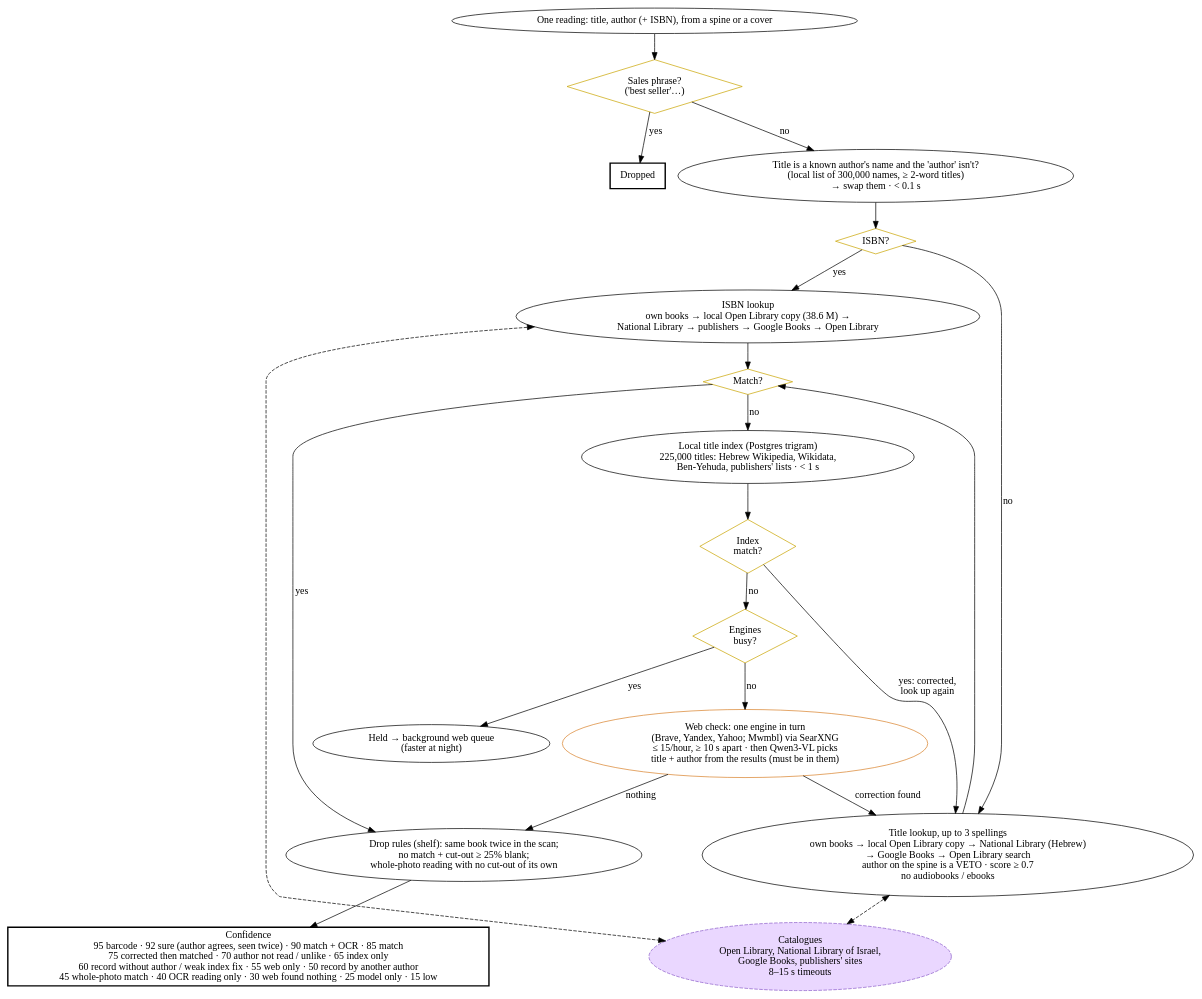
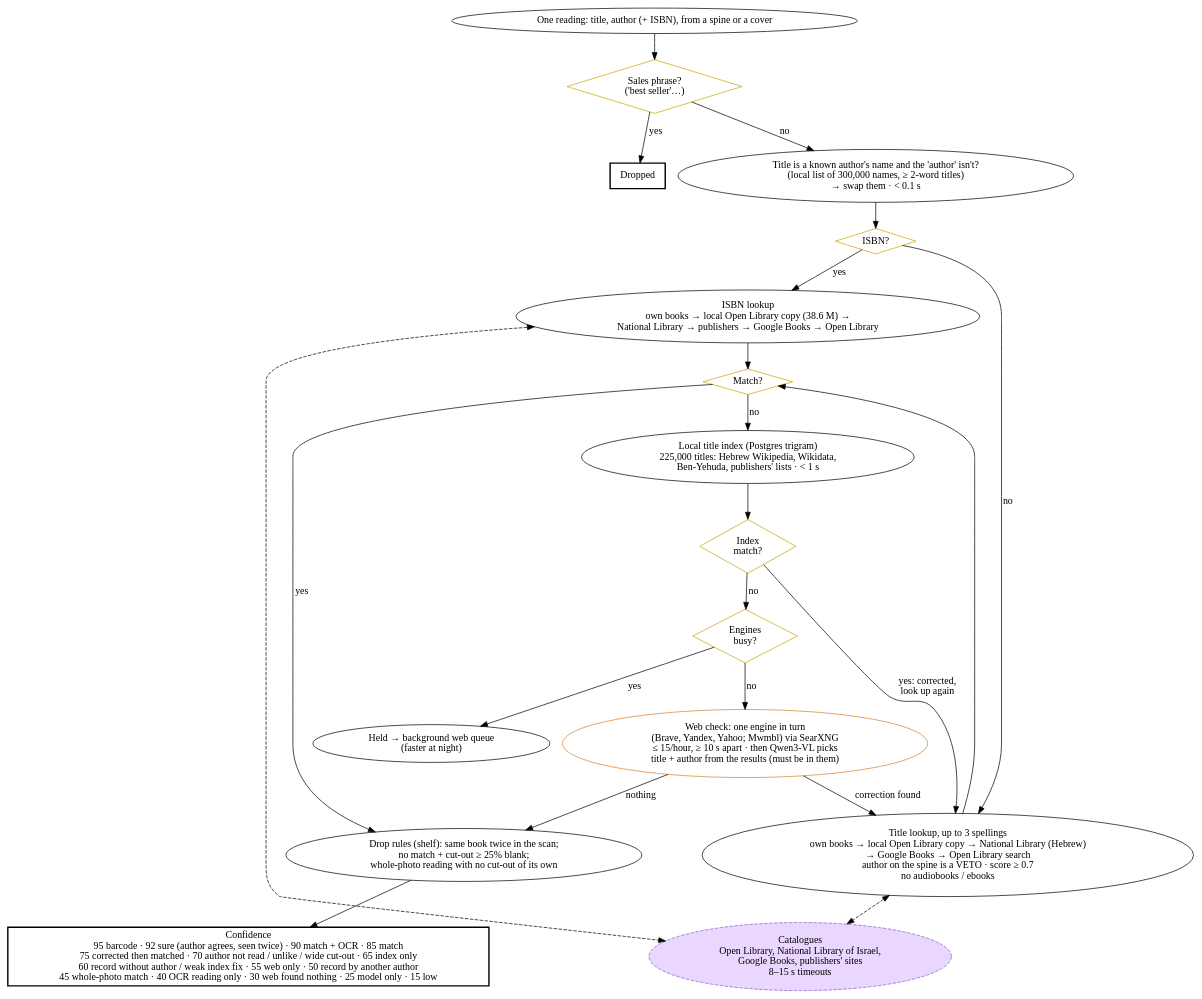
One commit to amih/seferehov changed the diagram in docs/scan-pipeline/match.dot. Above: the diagram before and after it, drawn with Graphviz. The commit also changed 11 other files, not shown here.

First line of the commit message:
Confidence: short, wide cut-outs (flat stacks, two spines) are never sure; Tesseract turns a strip upside down only on a real fit

```diff
--- a/docs/scan-pipeline/match.dot
+++ b/docs/scan-pipeline/match.dot
@@ -1,30 +1,30 @@
 digraph match {
   rankdir=TB;
 #include
   in    [label="One reading: title, author (+ ISBN), from a spine or a cover"];
   blurb [label="Sales phrase?\n('best seller'…)", shape=diamond, fillcolor="#fff7c2", color="#c9a400"];
   drop1 [label="Dropped", shape=box, style="filled,bold", fillcolor="#ffffff"];
   swap  [label="Title is a known author's name and the 'author' isn't?\n(local list of 300,000 names, ≥ 2-word titles)\n→ swap them · < 0.1 s"];
   hasisbn[label="ISBN?", shape=diamond, fillcolor="#fff7c2", color="#c9a400"];
   isbn  [label="ISBN lookup\nown books → local Open Library copy (38.6 M) →\nNational Library → publishers → Google Books → Open Library"];
   title [label="Title lookup, up to 3 spellings\nown books → local Open Library copy → National Library (Hebrew)\n→ Google Books → Open Library search\nauthor on the spine is a VETO · score ≥ 0.7\nno audiobooks / ebooks"];
   ext1  [label="Catalogues\nOpen Library, National Library of Israel,\nGoogle Books, publishers' sites\n8–15 s timeouts", fillcolor="#ead7ff", color="#8a5cc9", style="rounded,filled,dashed"];
   found [label="Match?", shape=diamond, fillcolor="#fff7c2", color="#c9a400"];
   idx   [label="Local title index (Postgres trigram)\n225,000 titles: Hebrew Wikipedia, Wikidata,\nBen-Yehuda, publishers' lists · < 1 s"];
   found2[label="Index\nmatch?", shape=diamond, fillcolor="#fff7c2", color="#c9a400"];
   web   [label="Web check: one engine in turn\n(Brave, Yandex, Yahoo; Mwmbl) via SearXNG\n≤ 15/hour, ≥ 10 s apart · then Qwen3-VL picks\ntitle + author from the results (must be in them)", fillcolor="#ffd8a8", color="#d9822b"];
   busy  [label="Engines\nbusy?", shape=diamond, fillcolor="#fff7c2", color="#c9a400"];
   held  [label="Held → background web queue\n(faster at night)"];
   rules [label="Drop rules (shelf): same book twice in the scan;\nno match + cut-out ≥ 25% blank;\nwhole-photo reading with no cut-out of its own"];
-  conf  [label="Confidence\n95 barcode · 92 sure (author agrees, seen twice) · 90 match + OCR · 85 match\n75 corrected then matched · 70 author not read / unlike · 65 index only\n60 record without author / weak index fix · 55 web only · 50 record by another author\n45 whole-photo match · 40 OCR reading only · 30 web found nothing · 25 model only · 15 low", shape=box, style="filled,bold", fillcolor="#ffffff"];
+  conf  [label="Confidence\n95 barcode · 92 sure (author agrees, seen twice) · 90 match + OCR · 85 match\n75 corrected then matched · 70 author not read / unlike / wide cut-out · 65 index only\n60 record without author / weak index fix · 55 web only · 50 record by another author\n45 whole-photo match · 40 OCR reading only · 30 web found nothing · 25 model only · 15 low", shape=box, style="filled,bold", fillcolor="#ffffff"];
 
   in -> blurb; blurb -> drop1 [label="yes"]; blurb -> swap [label="no"];
   swap -> hasisbn; hasisbn -> isbn [label="yes"]; hasisbn -> title [label="no"];
   isbn -> ext1 [style=dashed, dir=both]; title -> ext1 [style=dashed, dir=both];
   isbn -> found; title -> found;
   found -> rules [label="yes"]; found -> idx [label="no"];
   idx -> found2; found2 -> title [label="yes: corrected,\nlook up again"]; found2 -> busy [label="no"];
   busy -> held [label="yes"]; busy -> web [label="no"];
   web -> title [label="correction found"]; web -> rules [label="nothing"];
   rules -> conf;
 }
```
